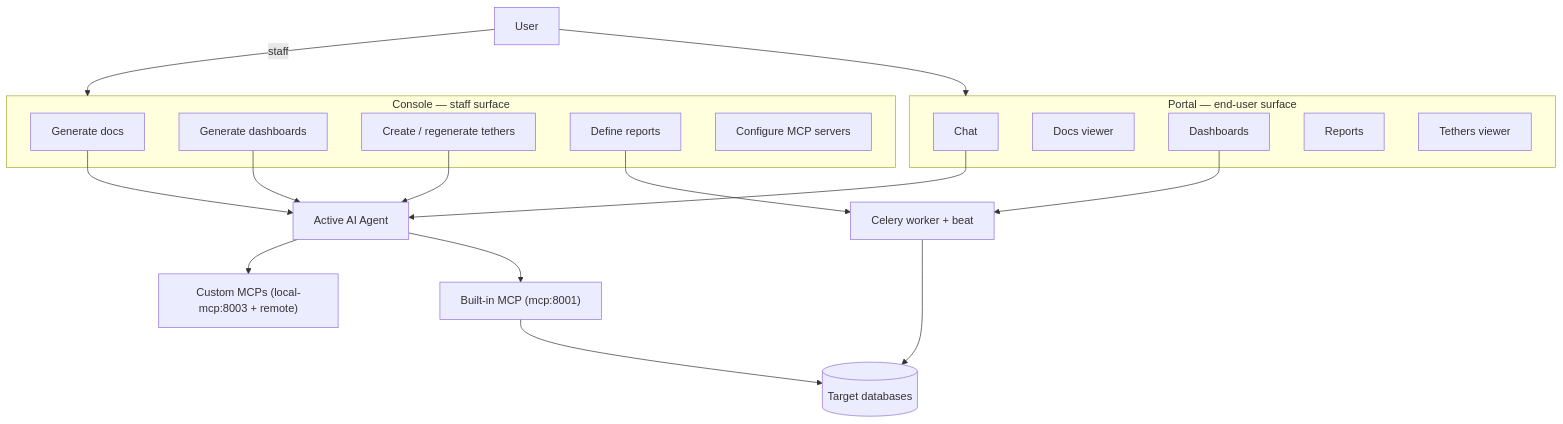
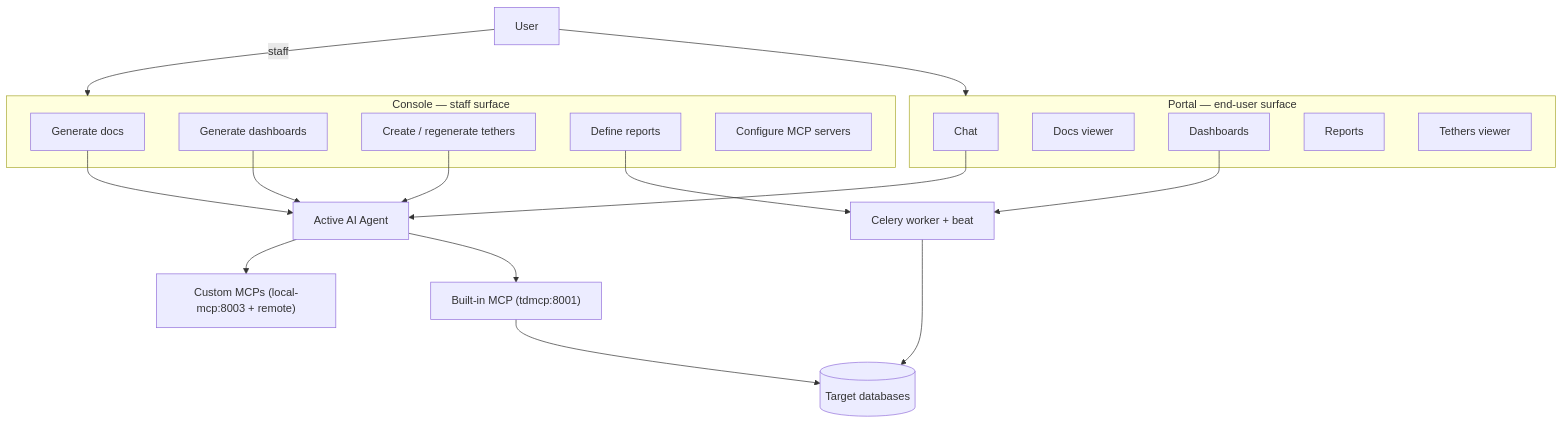
The diagram in documentations/TetherDust Documentation/2. Features/1. Overview.md (mpospirit-apps/TetherDust), drawn with Mermaid before and after one commit. The commit also changed 73 other files, not shown here.

Commit message:
chore: move mcp_server to root as tdmcp and align service, container, and configuration naming

````diff
--- a/documentations/TetherDust Documentation/2. Features/1. Overview.md
+++ b/documentations/TetherDust Documentation/2. Features/1. Overview.md
@@ -46,41 +46,41 @@
 ```mermaid
 flowchart TD
     User[User]
 
     subgraph portal["Portal — end-user surface"]
         Chat["Chat"]
         Docs["Docs viewer"]
         Dash["Dashboards"]
         Rep["Reports"]
         Teth["Tethers viewer"]
     end
 
     subgraph console["Console — staff surface"]
         DocGen["Generate docs"]
         DashGen["Generate dashboards"]
         TethGen["Create / regenerate tethers"]
         RepDef["Define reports"]
         McpCfg["Configure MCP servers"]
     end
 
     Agent["Active AI Agent"]
-    MCP["Built-in MCP (mcp:8001)"]
+    MCP["Built-in MCP (tdmcp:8001)"]
     LocalMCP["Custom MCPs (local-mcp:8003 + remote)"]
     Celery["Celery worker + beat"]
     Targets[("Target databases")]
 
     User --> portal
     User -->|staff| console
 
     Chat --> Agent
     DocGen --> Agent
     DashGen --> Agent
     TethGen --> Agent
     Agent --> MCP
     Agent --> LocalMCP
     MCP --> Targets
 
     RepDef --> Celery
     Dash --> Celery
     Celery --> Targets
 ```
````
